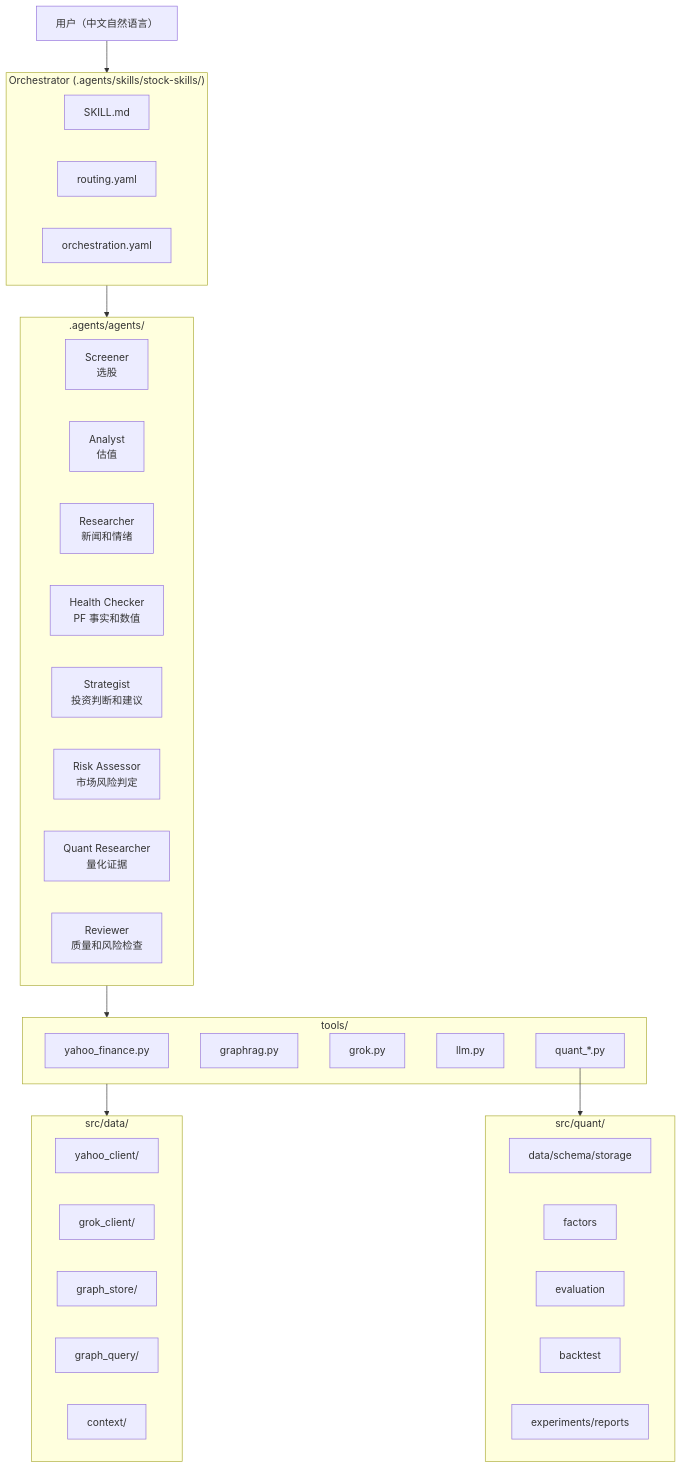
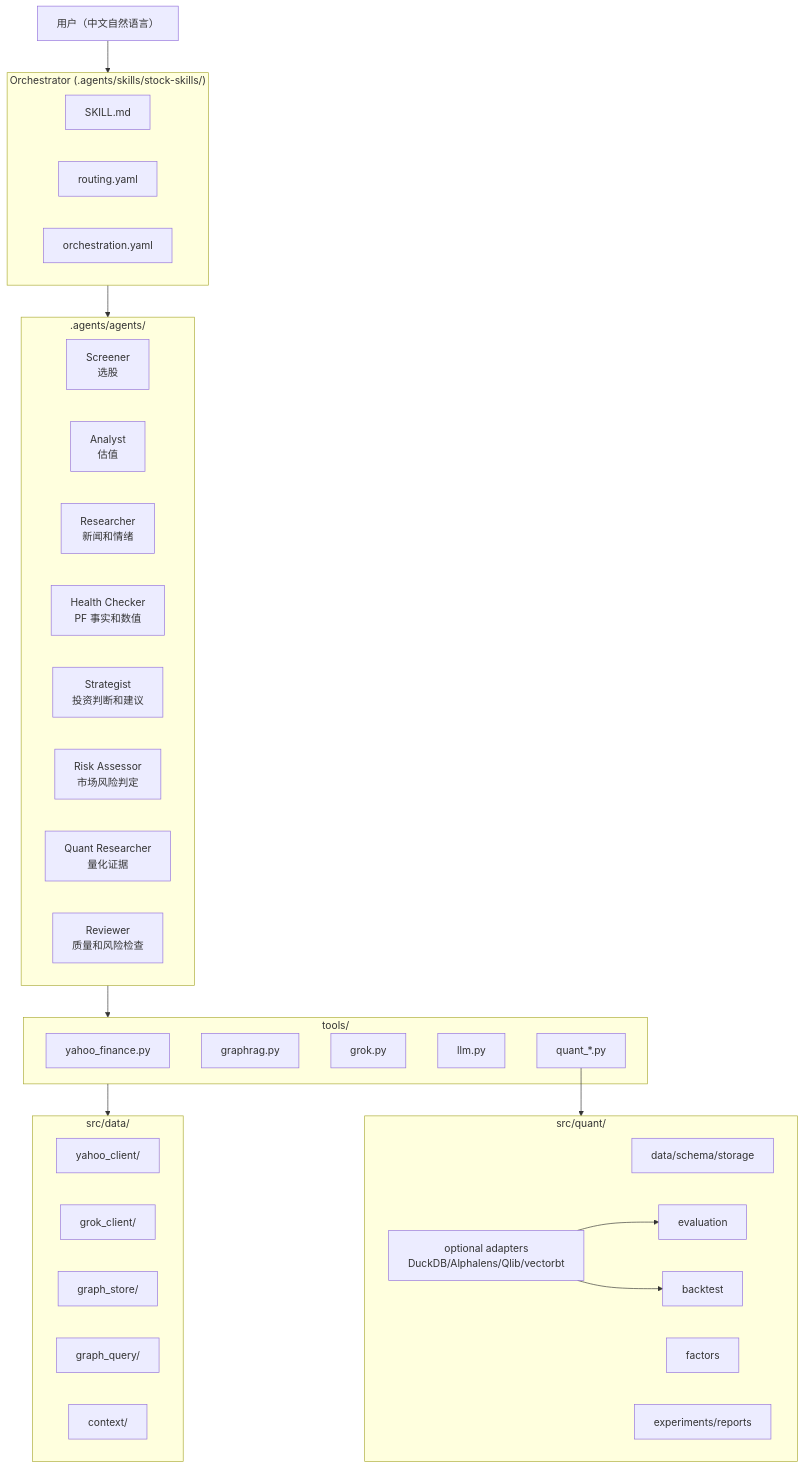
Before and after one commit to probatus117/quants-research: the diagram in docs/architecture.md, drawn with Mermaid. The commit also changed other lines of this file and 40 other files, not shown here.

````diff
--- a/docs/architecture.md
+++ b/docs/architecture.md
@@ -11,51 +11,54 @@
 ```mermaid
 graph TD
     User["用户（中文自然语言）"]
 
     subgraph Orchestrator["Orchestrator (.agents/skills/stock-skills/)"]
         SKILL["SKILL.md"]
         ROUTE["routing.yaml"]
         ORCH["orchestration.yaml"]
     end
 
     subgraph Agents[".agents/agents/"]
         SCR["Screener<br/>选股"]
         ANA["Analyst<br/>估值"]
         RES["Researcher<br/>新闻和情绪"]
         HC["Health Checker<br/>PF 事实和数值"]
         STR["Strategist<br/>投资判断和建议"]
         RA["Risk Assessor<br/>市场风险判定"]
         QR["Quant Researcher<br/>量化证据"]
         REV["Reviewer<br/>质量和风险检查"]
     end
 
     subgraph Tools["tools/"]
         YF["yahoo_finance.py"]
         GR["graphrag.py"]
         GK["grok.py"]
         LLM["llm.py"]
         QT["quant_*.py"]
     end
 
     subgraph Data["src/data/"]
         YC["yahoo_client/"]
         GC["grok_client/"]
         GS["graph_store/"]
         GQ["graph_query/"]
         CTX["context/"]
     end
 
     subgraph Quant["src/quant/"]
         QD["data/schema/storage"]
+        QA["optional adapters<br/>DuckDB/Alphalens/Qlib/vectorbt"]
         QF["factors"]
         QE["evaluation"]
         QB["backtest"]
         QX["experiments/reports"]
     end
 
     User --> Orchestrator
     Orchestrator --> Agents
     Agents --> Tools
     Tools --> Data
     QT --> Quant
+    QA --> QE
+    QA --> QB
 ```
````
